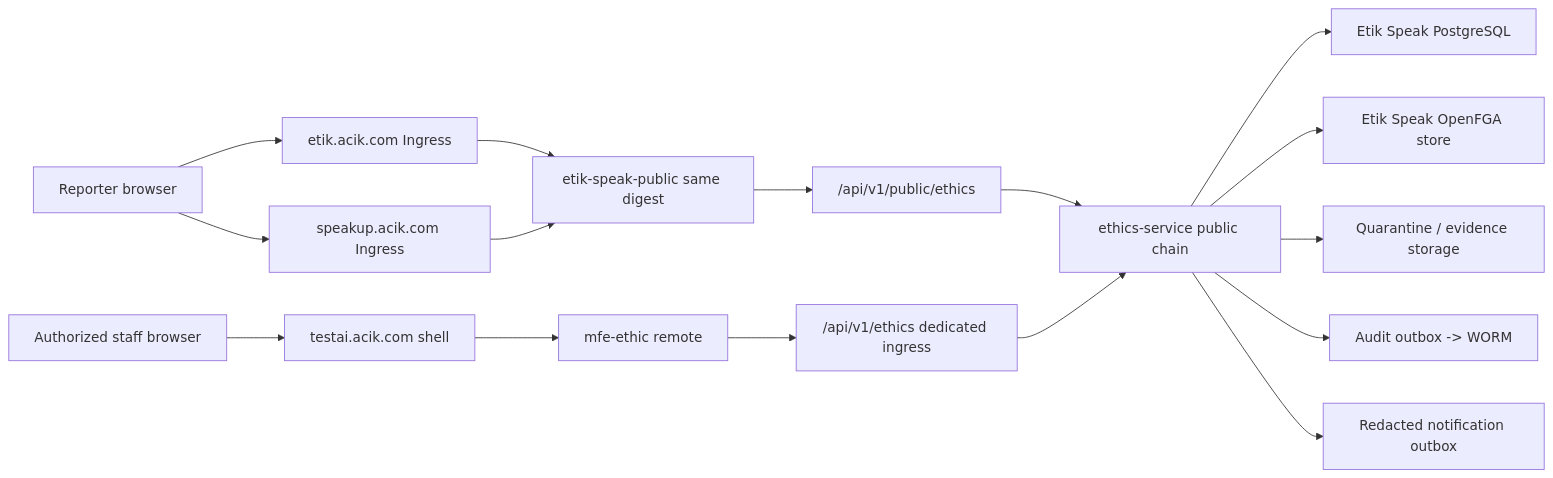
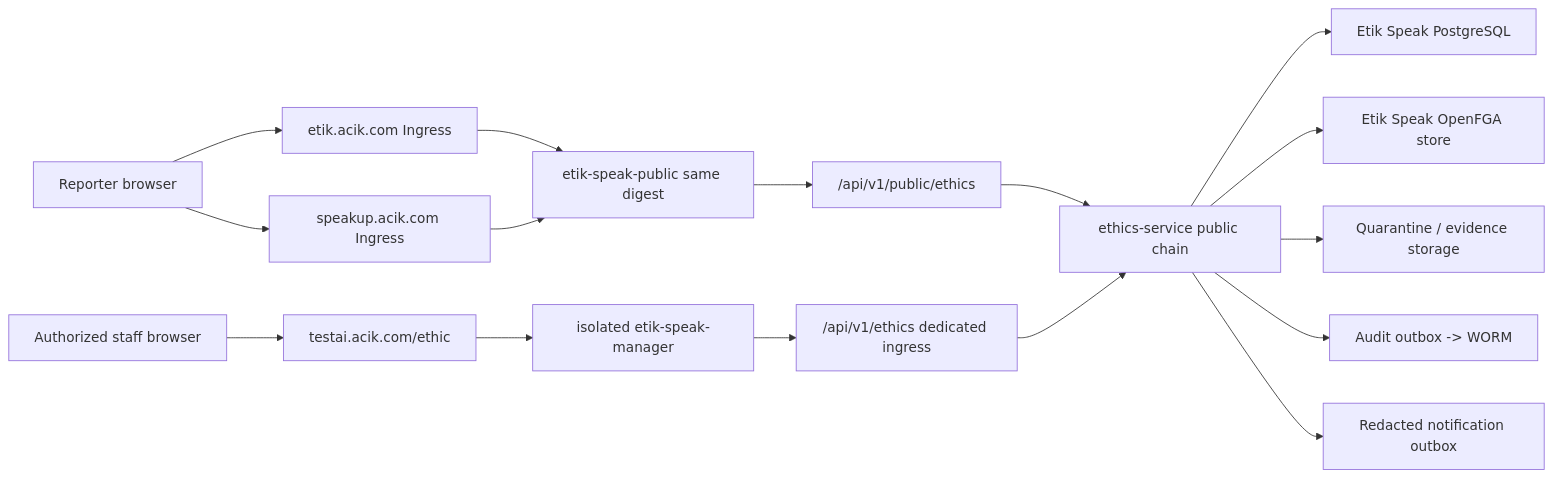
Before and after one commit to Halildeu/platform-k8s-gitops: the diagram in docs/adr/0046-faz35-etik-speak-product-cell-topology.md, drawn with Mermaid. The commit also changed other lines of this file and 3 other files, not shown here.

Commit message:
docs(faz35): canonicalize isolated manager contract

````diff
--- a/docs/adr/0046-faz35-etik-speak-product-cell-topology.md
+++ b/docs/adr/0046-faz35-etik-speak-product-cell-topology.md
@@ -128,20 +142,20 @@
 ```mermaid
 flowchart LR
   R["Reporter browser"] --> E["etik.acik.com Ingress"]
   R --> S["speakup.acik.com Ingress"]
   E --> P["etik-speak-public same digest"]
   S --> P
   P --> PA["/api/v1/public/ethics"]
   PA --> B["ethics-service public chain"]
 
-  U["Authorized staff browser"] --> T["testai.acik.com shell"]
-  T --> M["mfe-ethic remote"]
+  U["Authorized staff browser"] --> T["testai.acik.com/ethic"]
+  T --> M["isolated etik-speak-manager"]
   M --> GA["/api/v1/ethics dedicated ingress"]
   GA --> B
 
   B --> DB["Etik Speak PostgreSQL"]
   B --> FGA["Etik Speak OpenFGA store"]
   B --> OBJ["Quarantine / evidence storage"]
   B --> AO["Audit outbox -> WORM"]
   B --> NO["Redacted notification outbox"]
 ```
````
